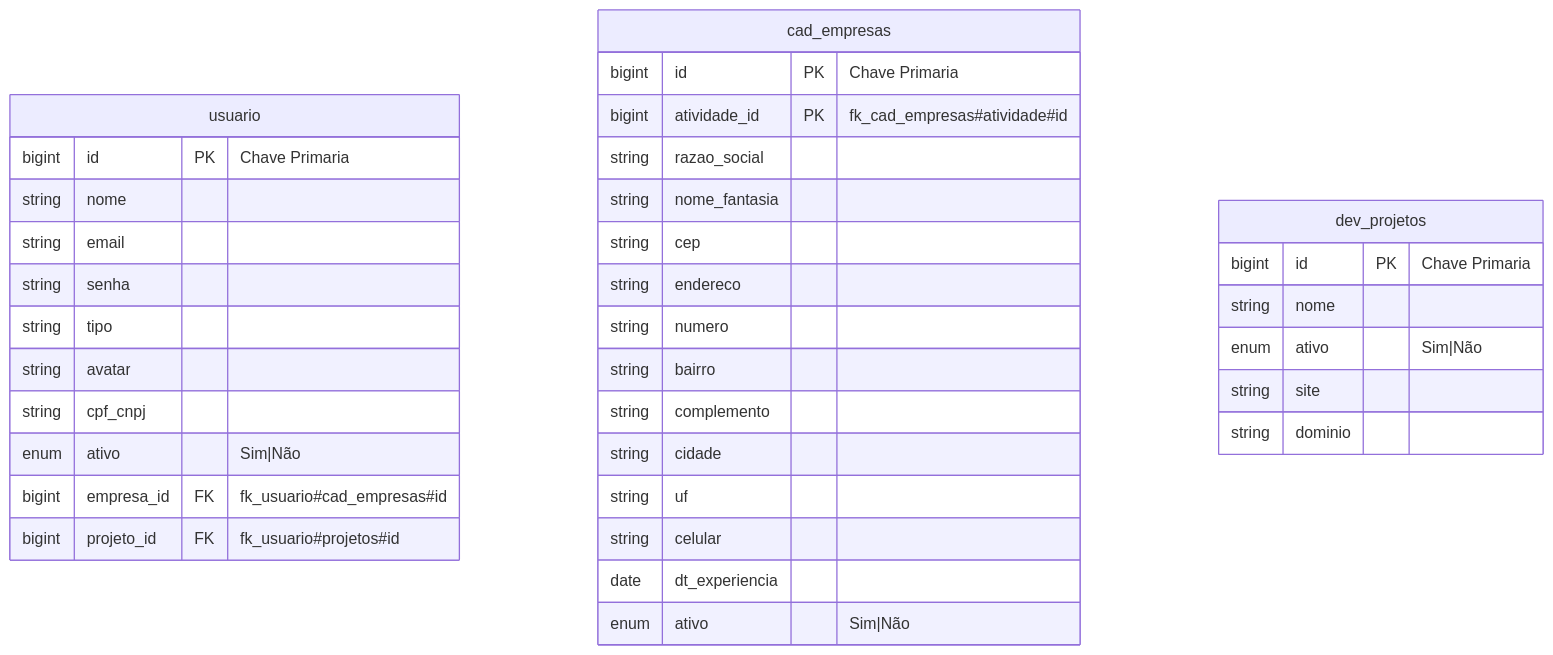
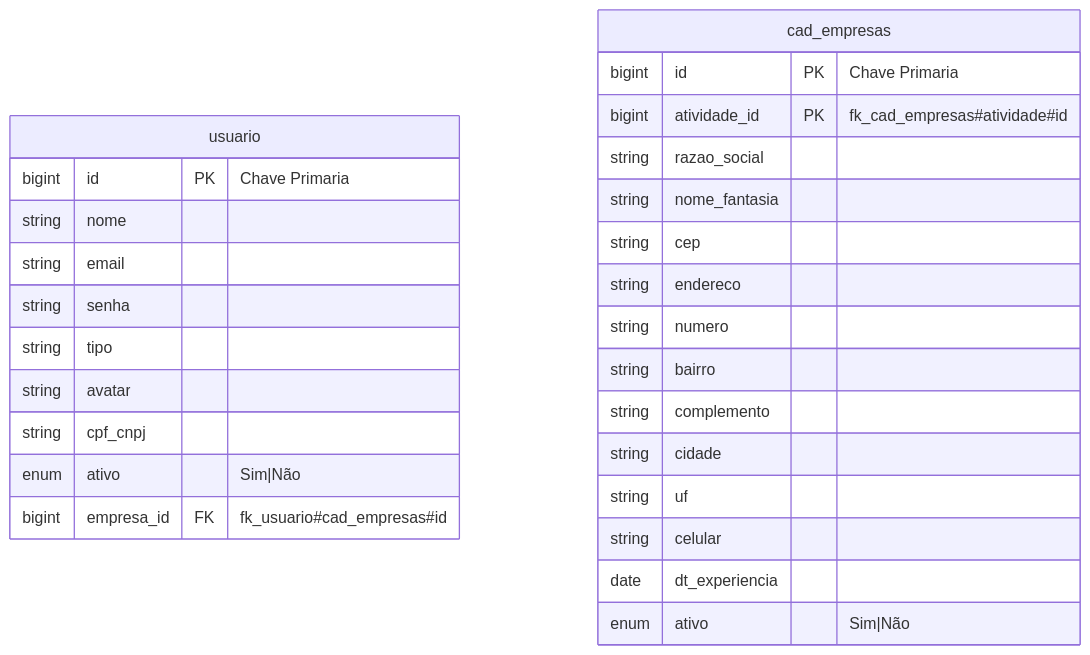
One commit to o-novo-dev/projeto-sistema changed the third of 8 diagrams in doc/modulo/laboratório.md. Above: the diagram before and after it, drawn with Mermaid. The commit also changed other lines of this file and 30 other files, not shown here.

````diff
--- a/doc/modulo/laboratório.md
+++ b/doc/modulo/laboratório.md
@@ -46,38 +41,30 @@
 ```mermaid
 erDiagram
   usuario {
     bigint id PK "Chave Primaria"
     string nome
     string email
     string senha
     string tipo
     string avatar
     string cpf_cnpj
     enum ativo "Sim|Não"
     bigint empresa_id FK "fk_usuario#cad_empresas#id"
-    bigint projeto_id FK "fk_usuario#projetos#id"
   }
   cad_empresas {
     bigint id PK "Chave Primaria"
     bigint atividade_id PK "fk_cad_empresas#atividade#id"
     string razao_social
     string nome_fantasia
     string cep
     string endereco
     string numero
     string bairro
     string complemento
     string cidade
     string uf
     string celular
     date dt_experiencia
     enum ativo "Sim|Não"
   }
-  dev_projetos {
-    bigint id PK "Chave Primaria"
-    string nome
-    enum ativo "Sim|Não"
-    string site
-    string dominio
-  }
 ```
````
